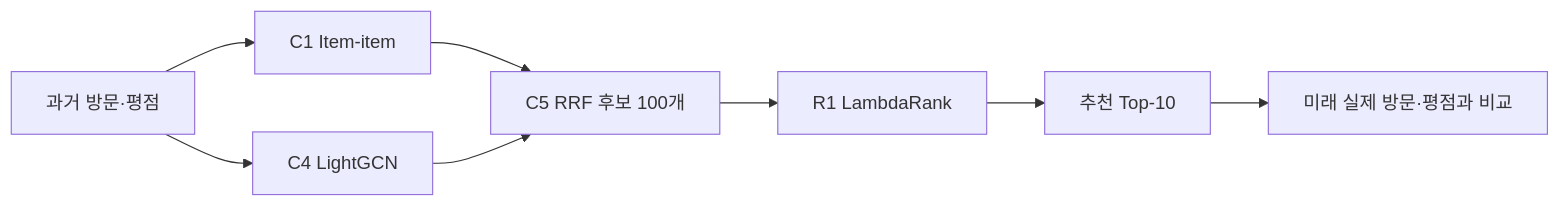
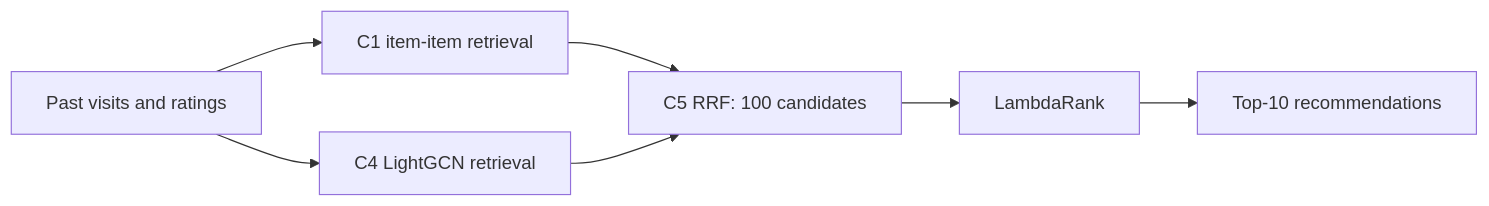
The diagram in projects/rating_recsys/README.md (han942/ai-ds-projects), drawn with Mermaid before and after one commit. The commit also changed other lines of this file and 40 other files, not shown here.

````diff
--- a/projects/rating_recsys/README.md
+++ b/projects/rating_recsys/README.md
@@ -23,10 +44,9 @@
 ```mermaid
 flowchart LR
-    A[과거 방문·평점] --> B[C1 Item-item]
-    A --> C[C4 LightGCN]
-    B --> D[C5 RRF 후보 100개]
+    A[Past visits and ratings] --> B[C1 item-item retrieval]
+    A --> C[C4 LightGCN retrieval]
+    B --> D[C5 RRF: 100 candidates]
     C --> D
-    D --> E[R1 LambdaRank]
-    E --> F[추천 Top-10]
-    F --> G[미래 실제 방문·평점과 비교]
+    D --> E[LambdaRank]
+    E --> F[Top-10 recommendations]
 ```
````
